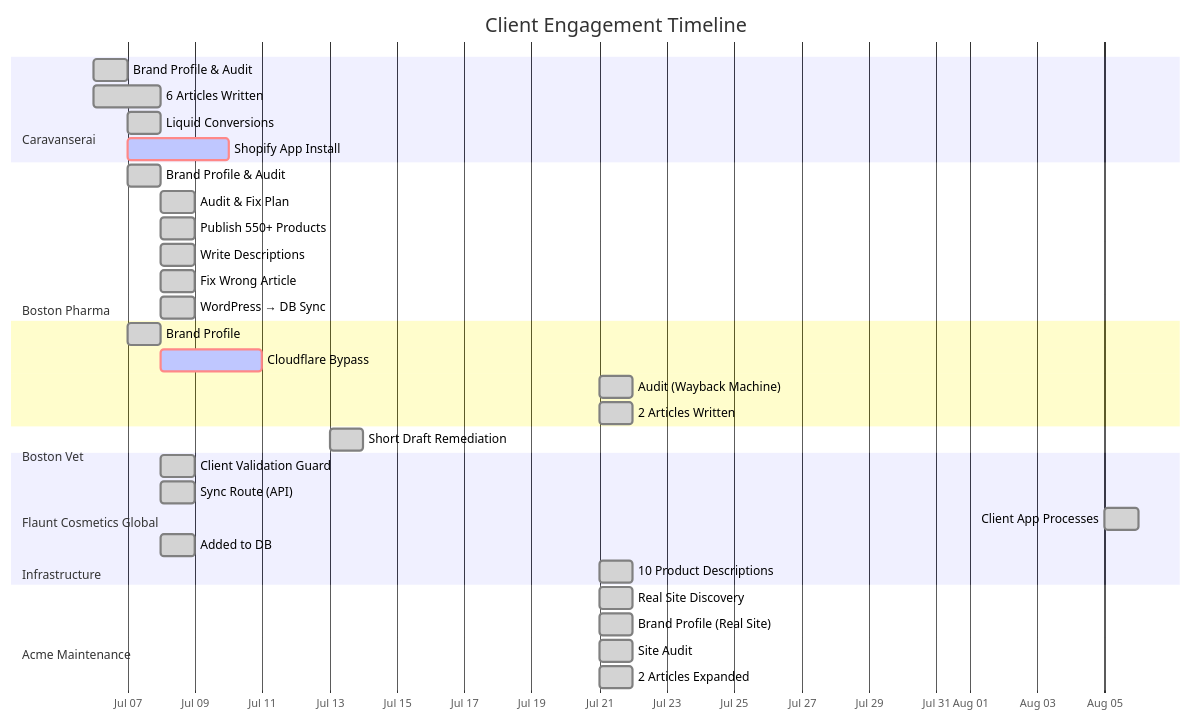
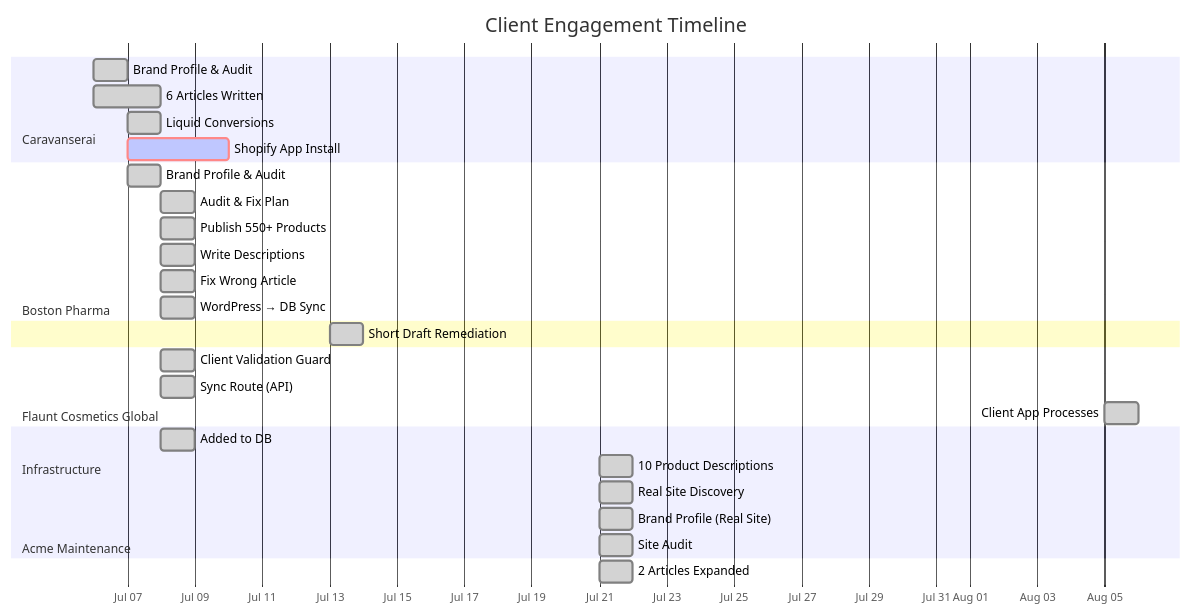
The diagram in doc/DASHBOARD.md (yusuf-mohamed0/tds-geo), drawn with Mermaid before and after one commit. The commit also changed other lines of this file and 44 other files, not shown here.

````diff
--- a/doc/DASHBOARD.md
+++ b/doc/DASHBOARD.md
@@ -17,47 +17,41 @@
 ```mermaid
 gantt
     title Client Engagement Timeline
     dateFormat  YYYY-MM-DD
     axisFormat  %b %d
 
     section Caravanserai
     Brand Profile & Audit        :done, 2026-07-06, 1d
     6 Articles Written           :done, 2026-07-06, 2d
     Liquid Conversions           :done, 2026-07-07, 1d
     Shopify App Install          :crit, active, 2026-07-07, 3d
 
     section Boston Pharma
     Brand Profile & Audit        :done, 2026-07-07, 1d
     Audit & Fix Plan             :done, 2026-07-08, 1d
     Publish 550+ Products        :done, 2026-07-08, 1d
     Write Descriptions           :done, 2026-07-08, 1d
     Fix Wrong Article            :done, 2026-07-08, 1d
     WordPress → DB Sync          :done, 2026-07-08, 1d
-
-    section Boston Vet
-    Brand Profile                :done, 2026-07-07, 1d
-    Cloudflare Bypass            :crit, active, 2026-07-08, 3d
-    Audit (Wayback Machine)      :done, 2026-07-21, 1d
-    2 Articles Written           :done, 2026-07-21, 1d
 
     section Flaunt Cosmetics Global
     Short Draft Remediation      :done, 2026-07-13, 1d
 
     section Infrastructure
     Client Validation Guard      :done, 2026-07-08, 1d
     Sync Route (API)             :done, 2026-07-08, 1d
     Client App Processes         :done, 2026-08-05, 1d
 
     section Caravanserai
     Added to DB                  :done, 2026-07-08, 1d
     10 Product Descriptions      :done, 2026-07-21, 1d
 
     section Acme Maintenance
     Real Site Discovery          :done, 2026-07-21, 1d
     Brand Profile (Real Site)    :done, 2026-07-21, 1d
     Site Audit                   :done, 2026-07-21, 1d
 
     section Boston Pharma
     2 Articles Expanded          :done, 2026-07-21, 1d
 
 ```
````
